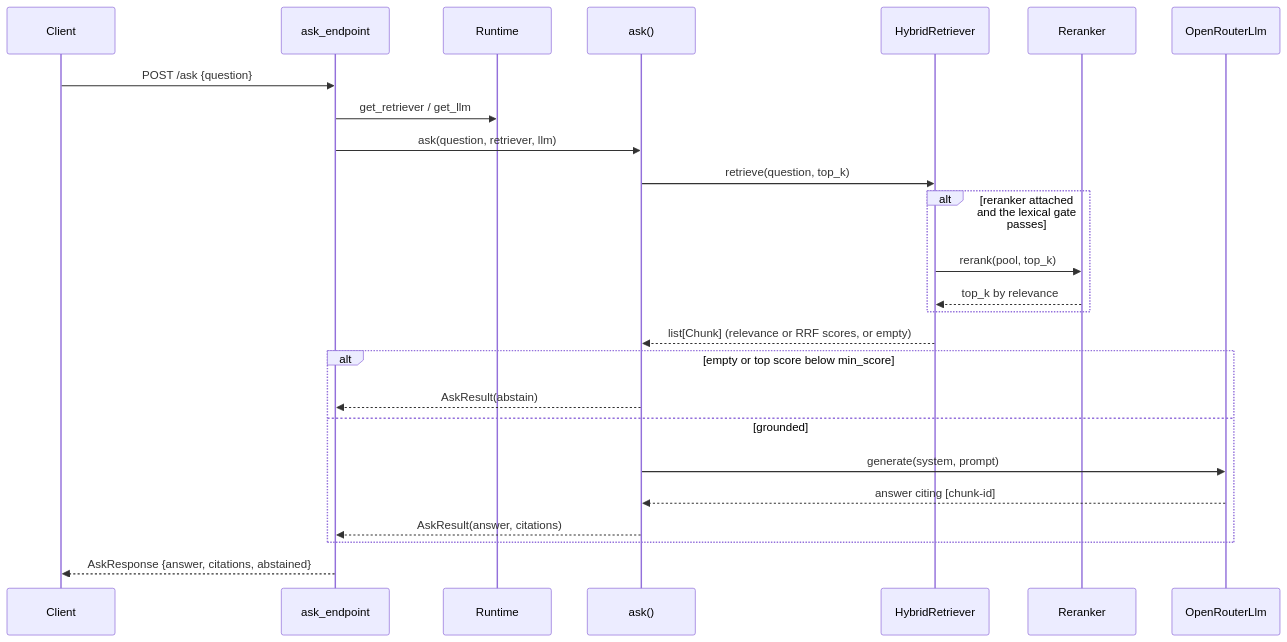
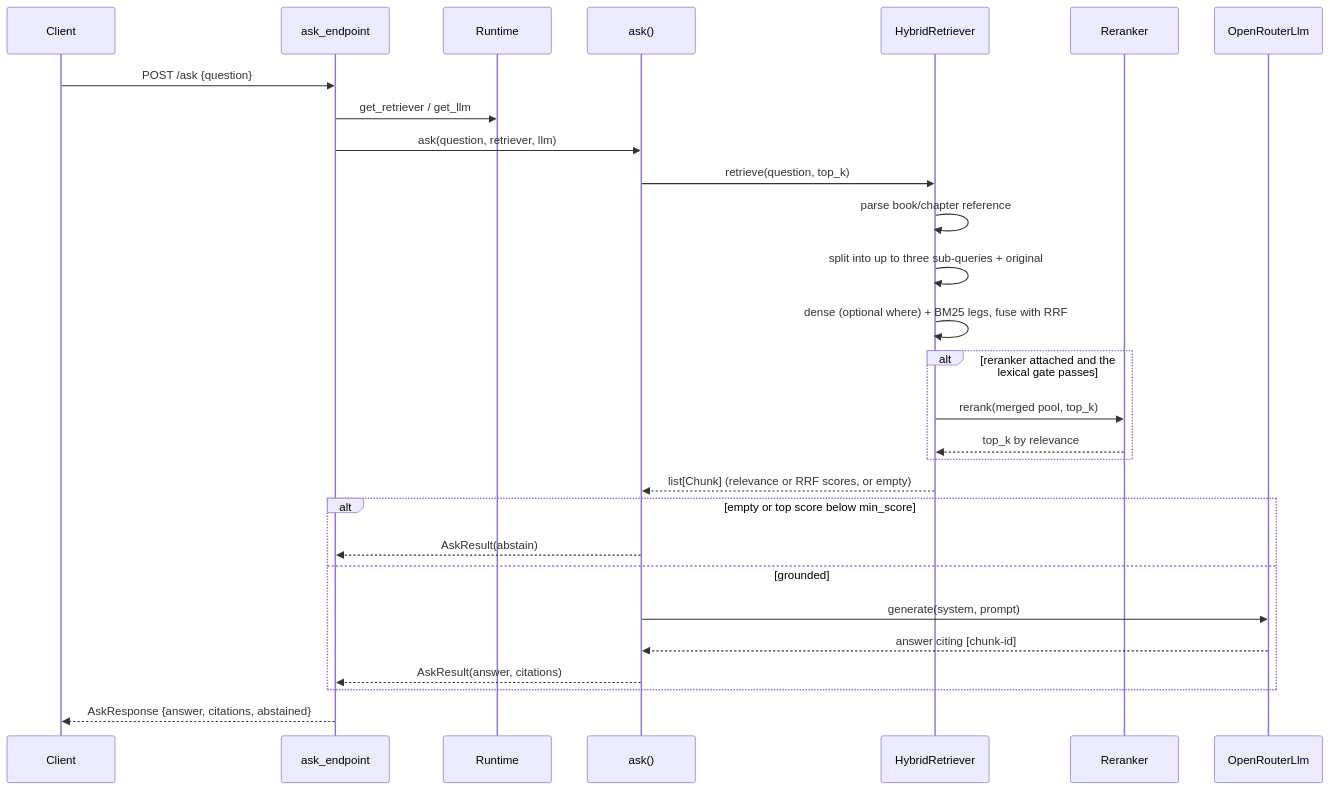
The third of 3 diagrams in docs/architecture.md (monitus2022/owl-online), drawn with Mermaid before and after one commit. The commit also changed other lines of this file and 11 other files, not shown here.

````diff
--- a/docs/architecture.md
+++ b/docs/architecture.md
@@ -134,28 +135,31 @@
 ```mermaid
 sequenceDiagram
   participant C as Client
   participant API as ask_endpoint
   participant R as Runtime
   participant A as ask()
   participant RET as HybridRetriever
   participant RR as Reranker
   participant LLM as OpenRouterLlm
 
   C->>API: POST /ask {question}
   API->>R: get_retriever / get_llm
   API->>A: ask(question, retriever, llm)
   A->>RET: retrieve(question, top_k)
+  RET->>RET: parse book/chapter reference
+  RET->>RET: split into up to three sub-queries + original
+  RET->>RET: dense (optional where) + BM25 legs, fuse with RRF
   alt reranker attached and the lexical gate passes
-    RET->>RR: rerank(pool, top_k)
+    RET->>RR: rerank(merged pool, top_k)
     RR-->>RET: top_k by relevance
   end
   RET-->>A: list[Chunk] (relevance or RRF scores, or empty)
   alt empty or top score below min_score
     A-->>API: AskResult(abstain)
   else grounded
     A->>LLM: generate(system, prompt)
     LLM-->>A: answer citing [chunk-id]
     A-->>API: AskResult(answer, citations)
   end
   API-->>C: AskResponse {answer, citations, abstained}
 ```
````
